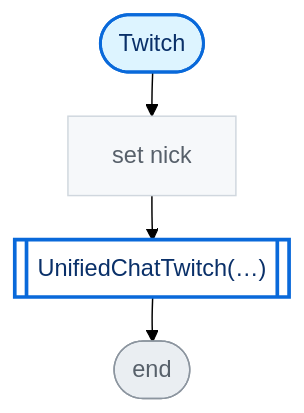
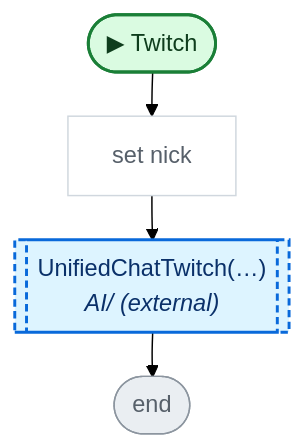
The fifth of 8 diagrams in CodeGraph~/graph/AI/UnifiedChat.cs.md (nataiai/Lord-of-the-Dungeon), drawn with Mermaid (forest theme) before and after one commit. The commit also changed other lines of this file and 44 other files, not shown here.

````diff
--- a/CodeGraph~/graph/AI/UnifiedChat.cs.md
+++ b/CodeGraph~/graph/AI/UnifiedChat.cs.md
@@ -222,31 +240,35 @@
 ```mermaid
 ---
 config:
   flowchart:
     wrappingWidth: 260
     nodeSpacing: 26
     rankSpacing: 30
 ---
 flowchart TD
-  nS(["Twitch"])
+  nS(["▶ Twitch"])
   n8fce25["set nick"]
-  n6e238d[["UnifiedChatTwitch(…)"]]
+  n6e238d[["UnifiedChatTwitch(…)<br><i>AI/ (external)</i>"]]
   nE(["end"])
   nS --> n8fce25
   n8fce25 --> n6e238d
   n6e238d --> nE
-  classDef unity fill:#fff1c2,stroke:#9a6700,stroke-width:2px,color:#3b2300
-  classDef start fill:#ddf4ff,stroke:#0969da,stroke-width:2px,color:#0a3069
-  classDef calc fill:#f6f8fa,stroke:#d0d7de,color:#57606a
-  classDef calls fill:#ffffff,stroke:#0969da,stroke-width:2.5px,color:#0a3069
-  classDef cond fill:#ffffff,stroke:#6e7781,stroke-width:1.5px,color:#1f2328
-  classDef loop fill:#fbefff,stroke:#8250df,color:#3e1f79
-  classDef exit fill:#eaeef2,stroke:#57606a,color:#24292f
-  classDef wait fill:#fff8f0,stroke:#bc4c00,color:#4d1d00
+  classDef unity fill:#dafbe1,stroke:#1a7f37,stroke-width:2px,color:#0f3d1d
+  classDef start fill:#dafbe1,stroke:#1a7f37,stroke-width:2px,color:#0f3d1d
+  classDef calc fill:#ffffff,stroke:#d0d7de,color:#57606a
+  classDef calls fill:#ddf4ff,stroke:#0969da,stroke-width:2px,color:#0a3069
+  classDef ext fill:#ddf4ff,stroke:#0969da,stroke-width:2px,stroke-dasharray:5 3,color:#0a3069
+  classDef cond fill:#fff8c5,stroke:#bf8700,stroke-width:1.5px,color:#3d2a00
+  classDef loop fill:#f6f8fa,stroke:#57606a,color:#1f2328
+  classDef exit fill:#ffebe9,stroke:#cf222e,color:#82071e
+  classDef kill fill:#ffebe9,stroke:#cf222e,stroke-width:2px,color:#82071e
+  classDef spawn fill:#dafbe1,stroke:#1a7f37,stroke-width:2px,color:#0f3d1d
+  classDef wait fill:#fff1e5,stroke:#bc4c00,color:#4d1d00
   classDef fin fill:#eaeef2,stroke:#8c959f,color:#57606a
   classDef join fill:#d0d7de,stroke:#8c959f,color:#57606a
+  classDef ghdr fill:#f5f9ff,stroke:#f5f9ff,color:#0a3069,font-weight:bold
   class n8fce25 calc
-  class n6e238d calls
+  class n6e238d ext
   class nE fin
   class nS start
 ```
````
